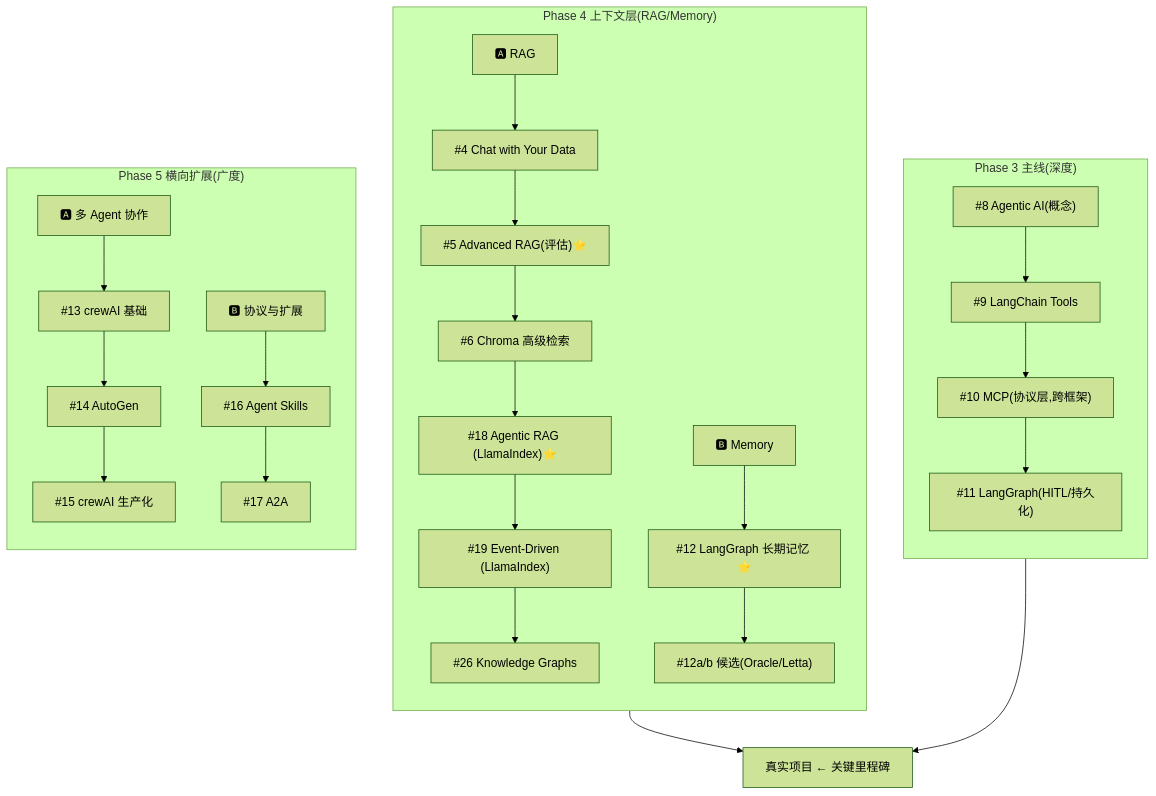
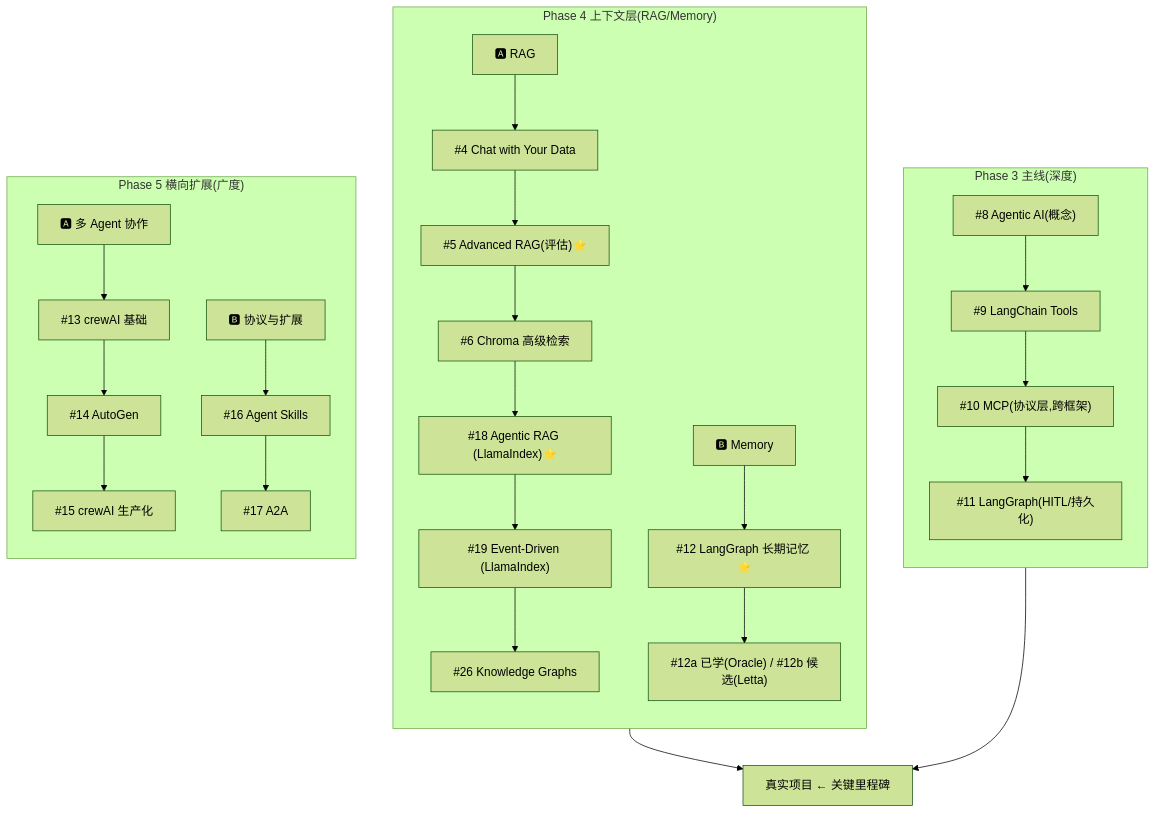
One commit to Colonel86/ai-agent-learn changed the diagram in agent/roadmap/deeplearning-ai-course-order.md. Above: the diagram before and after it, drawn with Mermaid (forest theme). The commit also changed other lines of this file and 18 other files, not shown here.

First line of the commit message:
docs(course-12a): Agent Memory 课程笔记 L0-L6 + 字幕/代码,roadmap 状态更新

````diff
--- a/agent/roadmap/deeplearning-ai-course-order.md
+++ b/agent/roadmap/deeplearning-ai-course-order.md
@@ -156,19 +156,19 @@
 ```mermaid
 flowchart TB
     subgraph 主线["Phase 3 主线(深度)"]
         direction TB
         C8["#8 Agentic AI(概念)"] --> C9["#9 LangChain Tools"] --> C10["#10 MCP(协议层,跨框架)"] --> C11["#11 LangGraph(HITL/持久化)"]
     end
     subgraph 上下文["Phase 4 上下文层(RAG/Memory)"]
         direction TB
         R["🅰 RAG"] --> R4["#4 Chat with Your Data"] --> R5["#5 Advanced RAG(评估)⭐"] --> R6["#6 Chroma 高级检索"] --> R18["#18 Agentic RAG (LlamaIndex)⭐"] --> R19["#19 Event-Driven (LlamaIndex)"] --> R26["#26 Knowledge Graphs"]
-        M["🅱 Memory"] --> M12["#12 LangGraph 长期记忆 ⭐"] --> M12b["#12a/b 候选(Oracle/Letta)"]
+        M["🅱 Memory"] --> M12["#12 LangGraph 长期记忆 ⭐"] --> M12b["#12a 已学(Oracle) / #12b 候选(Letta)"]
     end
     subgraph 横向["Phase 5 横向扩展(广度)"]
         direction TB
         H["🅰 多 Agent 协作"] --> H13["#13 crewAI 基础"] --> H14["#14 AutoGen"] --> H15["#15 crewAI 生产化"]
         HB["🅱 协议与扩展"] --> H16["#16 Agent Skills"] --> H17["#17 A2A"]
     end
     C11 --> PROJ["真实项目 ← 关键里程碑"]
     上下文 --> PROJ
 ```
````
